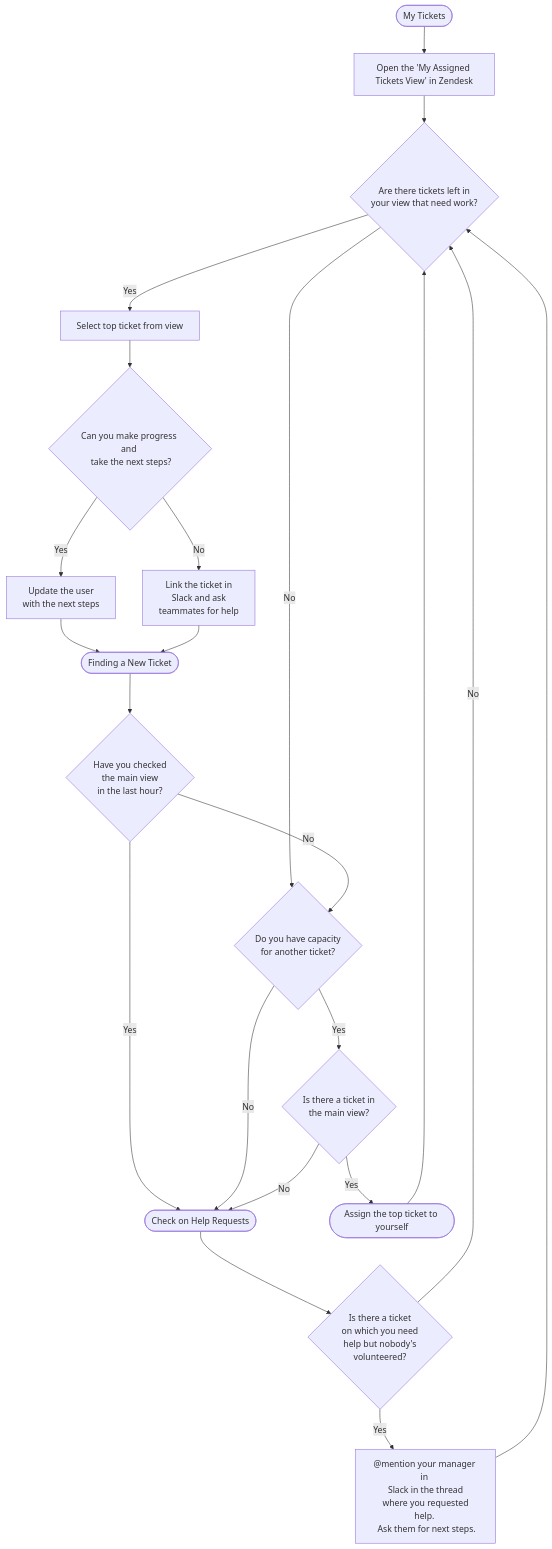
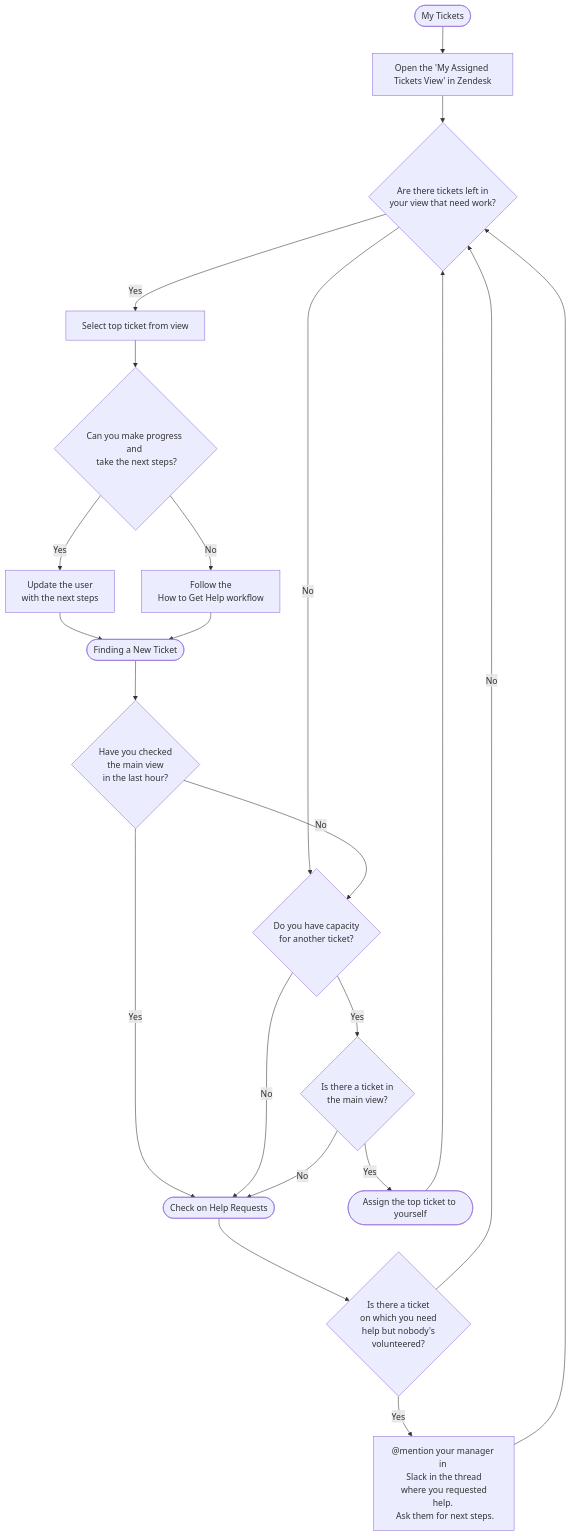
One commit to secretstartups/handbook changed the diagram in support/workflows/working-on-tickets.html.md. Above: the diagram before and after it, drawn with Mermaid. The commit also changed other lines of this file, not shown here.

````diff
--- a/support/workflows/working-on-tickets.html.md
+++ b/support/workflows/working-on-tickets.html.md
@@ -172,26 +173,26 @@
 ```mermaid
 graph TD
 A([My Tickets]) --> B
 B[Open the 'My Assigned Tickets View' in Zendesk] --> B1
 B1{Are there tickets left in <BR> your view that need work?} -->|Yes| C
 B1 -->|No| NT2
 C[Select top ticket from view] --> D
 D{Can you make progress and <BR> take the next steps?}
 D -->|Yes| E[Update the user<BR>with the next steps]
-D -->|No| F[Link the ticket in<BR>Slack and ask <BR> teammates for help]
+D -->|No| F[Follow the <BR>How to Get Help workflow<BR>]
 E & F --> NT0
 
 NT0([Finding a New Ticket]) --> NT1
 NT1{Have you checked <BR> the main view <BR> in the last hour?} -->|Yes| AH0
 NT1 -->|No| NT2
 NT2{Do you have capacity <BR> for another ticket?} -->|No| AH0
 NT2 -->|Yes| NT3
 NT3{Is there a ticket in <BR> the main view?} -->|No| AH0
 NT3 -->|Yes| NT4
 NT4([Assign the top ticket to yourself]) --> B1
 
 AH0([Check on Help Requests]) --> AH1
 AH1{Is there a ticket <BR> on which you need <BR> help but nobody's <BR> volunteered?} -->|Yes| AH2
 AH1 -->|No| B1
 AH2["@"mention your manager in <BR> Slack in the thread <BR> where you requested help. <BR> Ask them for next steps.] --> B1
 ```
````
